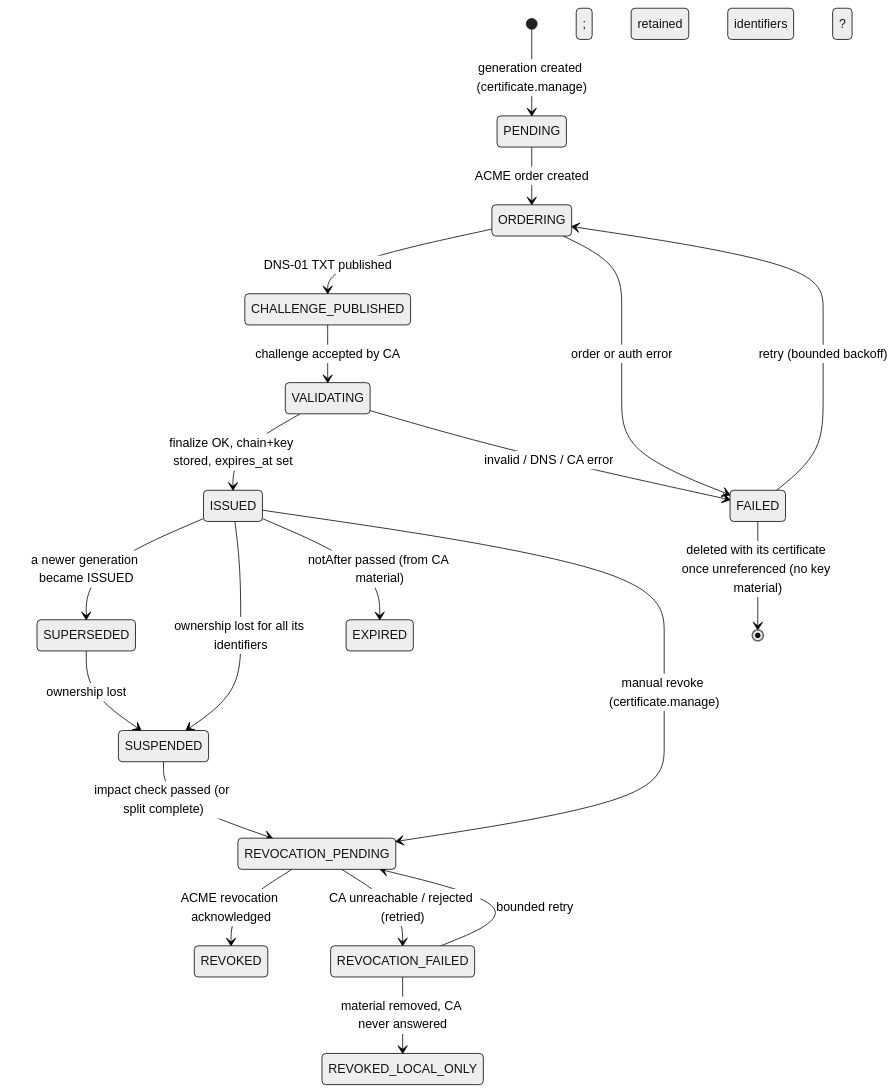
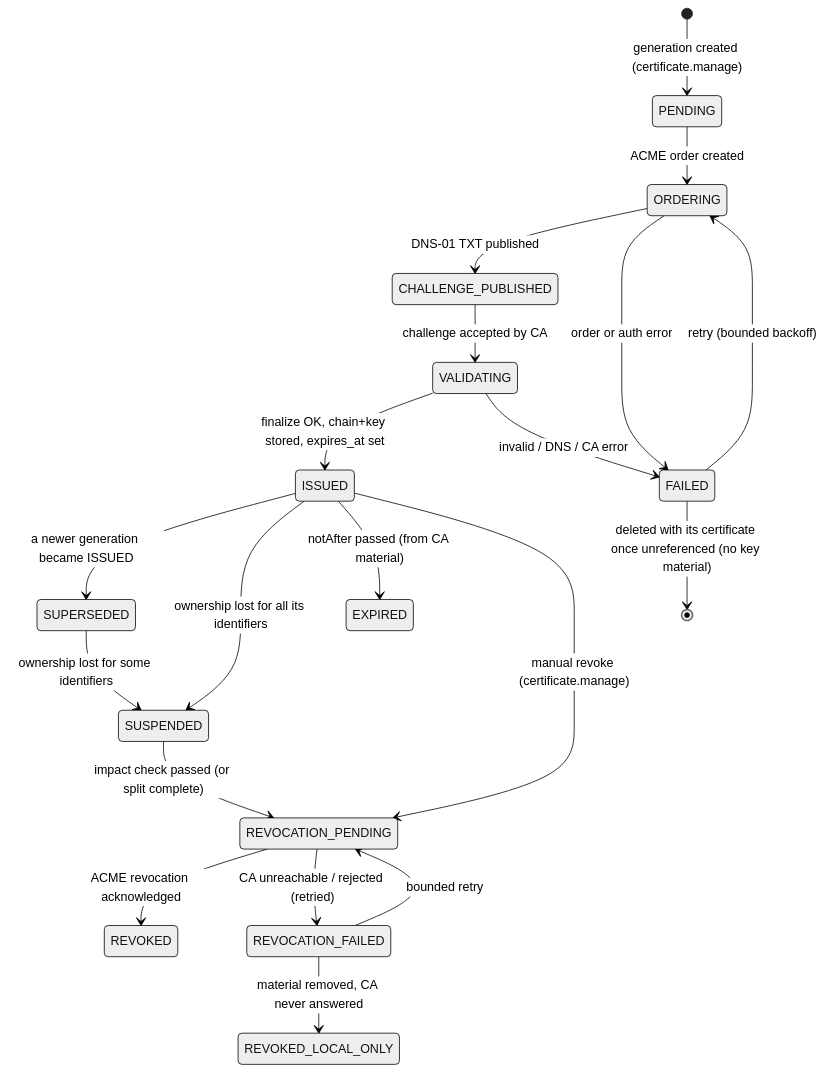
The second of 5 diagrams in docs/phase5-design.md (emad60/nexusops), drawn with Mermaid (neutral theme) before and after one commit. The commit also changed other lines of this file and 2 other files, not shown here.

First line of the commit message:
docs: Phase 5.0.1 — close the certificate role matrix and the 5.1/5.2 schema order

````diff
--- a/docs/phase5-design.md
+++ b/docs/phase5-design.md
@@ -165,22 +165,22 @@
 ```mermaid
 stateDiagram-v2
     [*] --> PENDING: generation created (certificate.manage)
     PENDING --> ORDERING: ACME order created
     ORDERING --> CHALLENGE_PUBLISHED: DNS-01 TXT published
     CHALLENGE_PUBLISHED --> VALIDATING: challenge accepted by CA
     VALIDATING --> ISSUED: finalize OK, chain+key stored, expires_at set
     VALIDATING --> FAILED: invalid / DNS / CA error
     ORDERING --> FAILED: order or auth error
     FAILED --> ORDERING: retry (bounded backoff)
     ISSUED --> SUPERSEDED: a newer generation became ISSUED
     ISSUED --> SUSPENDED: ownership lost for all its identifiers
-    SUPERSEDED --> SUSPENDED: ownership lost; retained identifiers ?
+    SUPERSEDED --> SUSPENDED: ownership lost for some identifiers
     ISSUED --> EXPIRED: notAfter passed (from CA material)
     SUSPENDED --> REVOCATION_PENDING: impact check passed (or split complete)
     ISSUED --> REVOCATION_PENDING: manual revoke (certificate.manage)
     REVOCATION_PENDING --> REVOKED: ACME revocation acknowledged
     REVOCATION_PENDING --> REVOCATION_FAILED: CA unreachable / rejected (retried)
     REVOCATION_FAILED --> REVOCATION_PENDING: bounded retry
     REVOCATION_FAILED --> REVOKED_LOCAL_ONLY: material removed, CA never answered
     FAILED --> [*]: deleted with its certificate once unreferenced (no key material)
 ```
````
